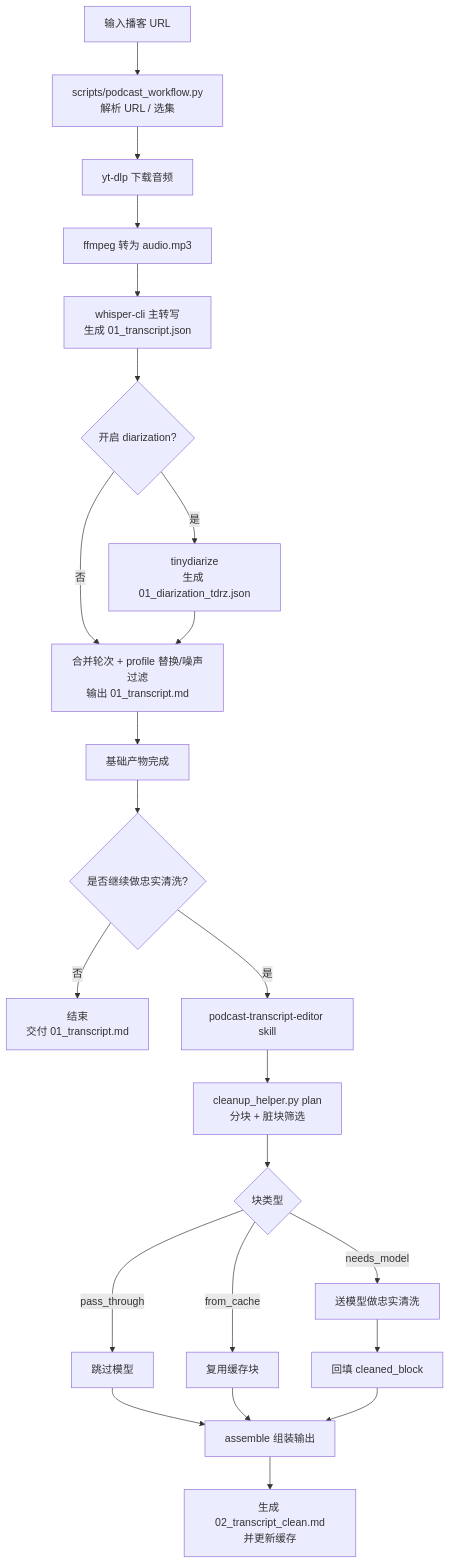
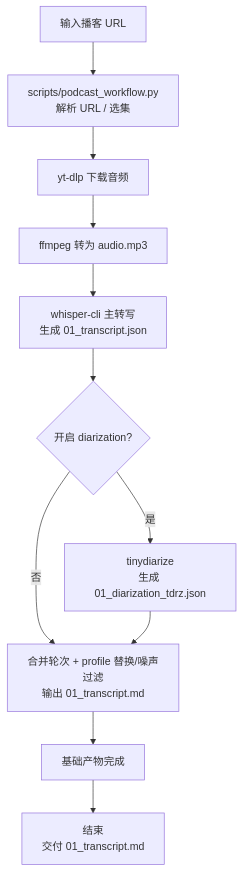
The diagram in scripts/README.podcast_workflow.zh.md (kongdada/podcast-transcriber), drawn with Mermaid before and after one commit. The commit also changed other lines of this file and 8 other files, not shown here.

Commit message:
docs: remove deprecated cleanup skill references

````diff
--- a/scripts/README.podcast_workflow.zh.md
+++ b/scripts/README.podcast_workflow.zh.md
@@ -27,26 +27,13 @@
 ```mermaid
 flowchart TD
     A["输入播客 URL"] --> B["scripts/podcast_workflow.py<br/>解析 URL / 选集"]
     B --> C["yt-dlp 下载音频"]
     C --> D["ffmpeg 转为 audio.mp3"]
     D --> E["whisper-cli 主转写<br/>生成 01_transcript.json"]
     E --> F{"开启 diarization?"}
     F -- "是" --> G["tinydiarize<br/>生成 01_diarization_tdrz.json"]
     F -- "否" --> H["直接排版"]
     G --> H["合并轮次 + profile 替换/噪声过滤<br/>输出 01_transcript.md"]
     H --> I["基础产物完成"]
-
-    I --> J{"是否继续做忠实清洗?"}
-    J -- "否" --> K["结束<br/>交付 01_transcript.md"]
-    J -- "是" --> L["podcast-transcript-editor skill"]
-    L --> M["cleanup_helper.py plan<br/>分块 + 脏块筛选"]
-    M --> N{"块类型"}
-    N -- "pass_through" --> O["跳过模型"]
-    N -- "from_cache" --> P["复用缓存块"]
-    N -- "needs_model" --> Q["送模型做忠实清洗"]
-    O --> R["assemble 组装输出"]
-    P --> R
-    Q --> S["回填 cleaned_block"]
-    S --> R
-    R --> T["生成 02_transcript_clean.md<br/>并更新缓存"]
+    I --> J["结束<br/>交付 01_transcript.md"]
 ```
````
